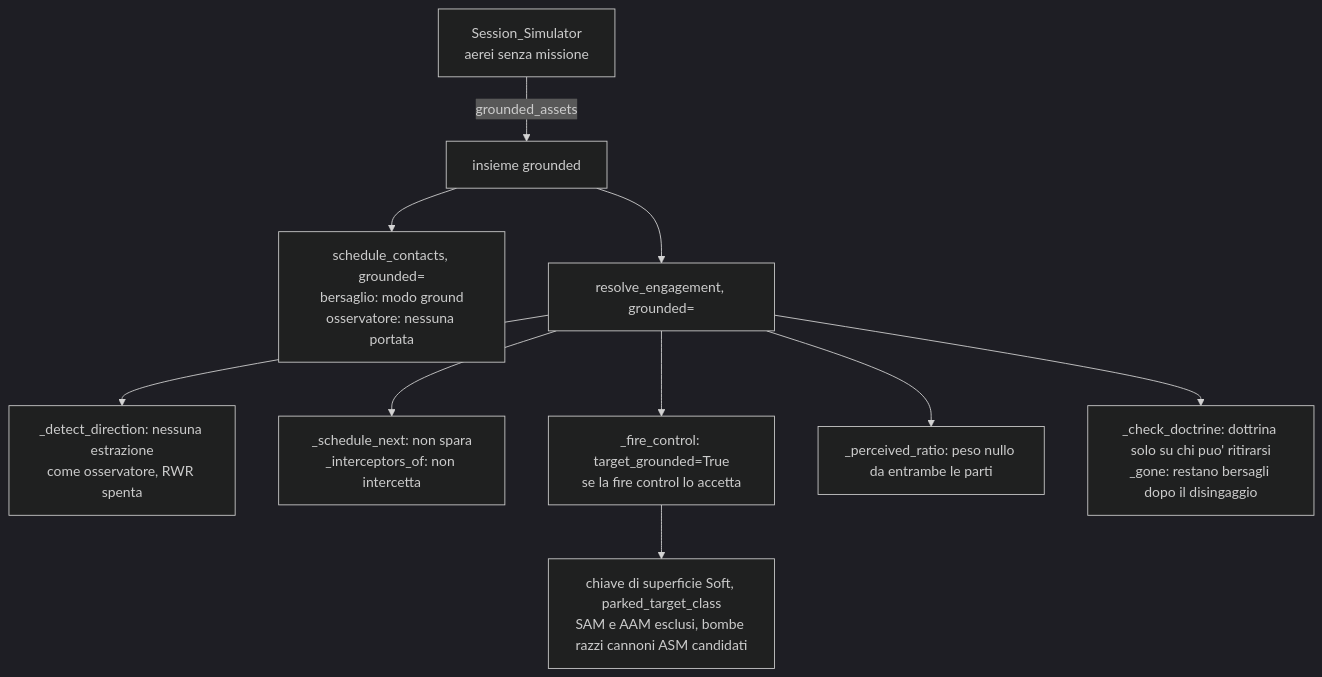
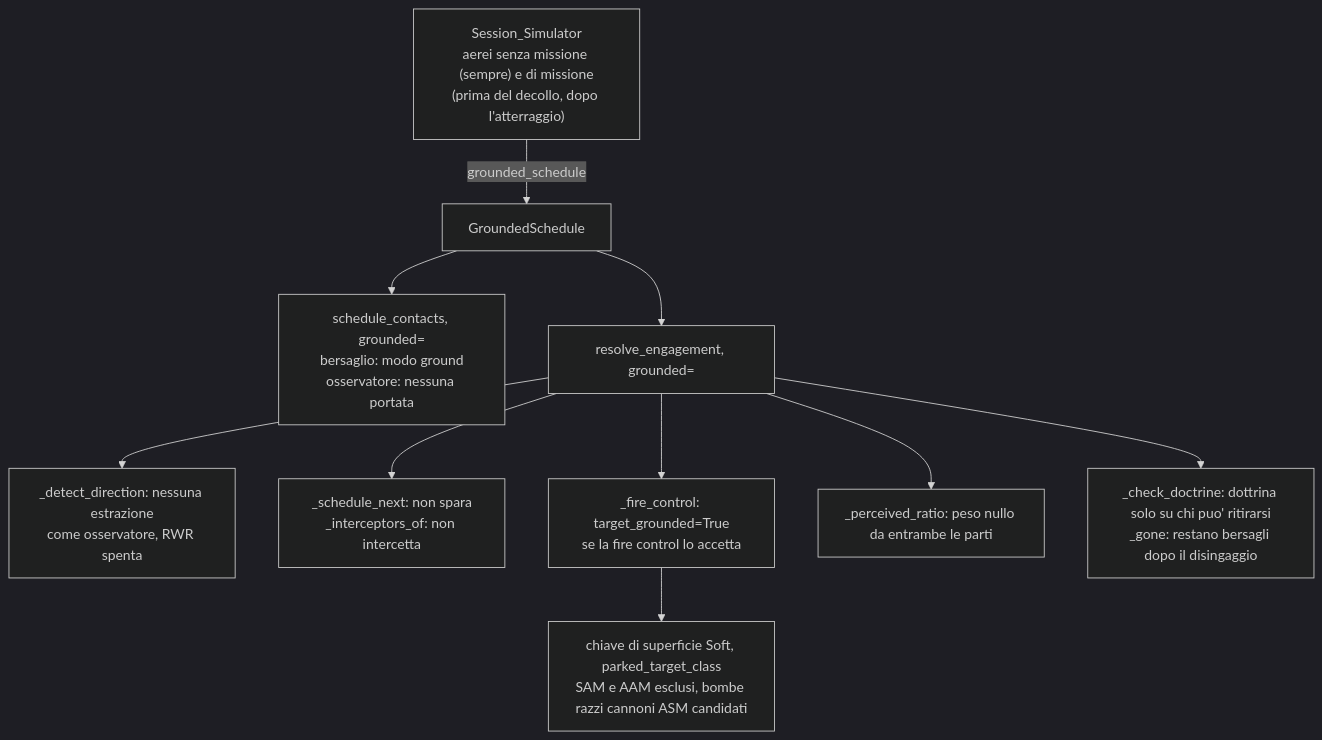
One commit to MakusIV/Warfare-Model changed diagram 17 of 18 in Analysis/Document/Manuale_Motore_DES/05_Strato2_Risolutore_Ingaggio.md. Above: the diagram before and after it, drawn with Mermaid (dark theme). The commit also changed other lines of this file and 9 other files, not shown here.

````diff
--- a/Analysis/Document/Manuale_Motore_DES/05_Strato2_Risolutore_Ingaggio.md
+++ b/Analysis/Document/Manuale_Motore_DES/05_Strato2_Risolutore_Ingaggio.md
@@ -2039,12 +2113,12 @@
 ```mermaid
 flowchart TD
-    S["Session_Simulator<br/>aerei senza missione"] -->|grounded_assets| G["insieme grounded"]
+    S["Session_Simulator<br/>aerei senza missione (sempre) e di missione<br/>(prima del decollo, dopo l'atterraggio)"] -->|grounded_schedule| G["GroundedSchedule"]
     G --> CS["schedule_contacts, grounded=<br/>bersaglio: modo ground<br/>osservatore: nessuna portata"]
     G --> ER["resolve_engagement, grounded="]
     ER --> D1["_detect_direction: nessuna estrazione<br/>come osservatore, RWR spenta"]
     ER --> D2["_schedule_next: non spara<br/>_interceptors_of: non intercetta"]
     ER --> D3["_fire_control: target_grounded=True<br/>se la fire control lo accetta"]
     D3 --> FC["chiave di superficie Soft, parked_target_class<br/>SAM e AAM esclusi, bombe razzi cannoni ASM candidati"]
     ER --> D4["_perceived_ratio: peso nullo da entrambe le parti"]
     ER --> D5["_check_doctrine: dottrina solo su chi puo' ritirarsi<br/>_gone: restano bersagli dopo il disingaggio"]
 ```
````
